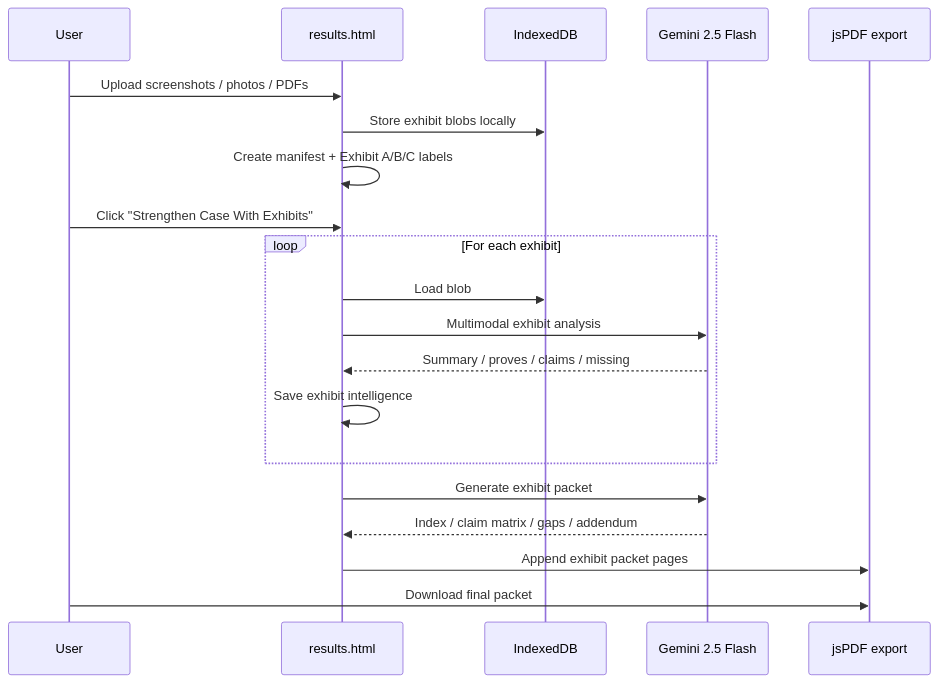
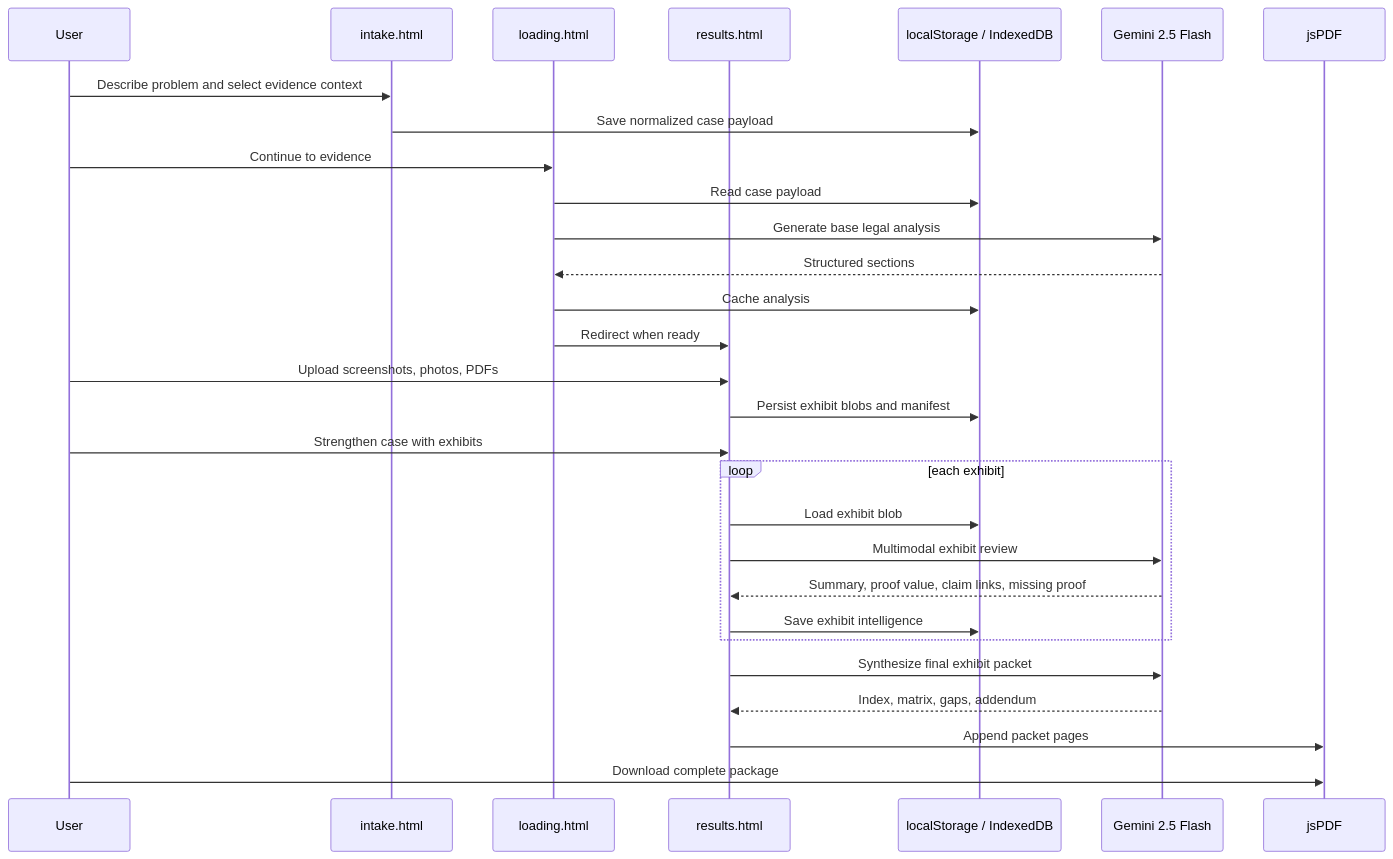
Before and after one commit to Iceman-Dann/Evidence-Locker: the third of 3 diagrams in README.md, drawn with Mermaid. The commit also changed other lines of this file, not shown here.

````diff
--- a/README.md
+++ b/README.md
@@ -124,25 +189,35 @@
 ```mermaid
 sequenceDiagram
     participant User
+    participant Intake as intake.html
+    participant Loading as loading.html
     participant Results as results.html
-    participant IDB as IndexedDB
+    participant Storage as localStorage / IndexedDB
     participant Gemini as Gemini 2.5 Flash
-    participant PDF as jsPDF export
+    participant PDF as jsPDF
 
-    User->>Results: Upload screenshots / photos / PDFs
-    Results->>IDB: Store exhibit blobs locally
-    Results->>Results: Create manifest + Exhibit A/B/C labels
-    User->>Results: Click "Strengthen Case With Exhibits"
+    User->>Intake: Describe problem and select evidence context
+    Intake->>Storage: Save normalized case payload
+    User->>Loading: Continue to evidence
+    Loading->>Storage: Read case payload
+    Loading->>Gemini: Generate base legal analysis
+    Gemini-->>Loading: Structured sections
+    Loading->>Storage: Cache analysis
+    Loading->>Results: Redirect when ready
 
-    loop For each exhibit
-        Results->>IDB: Load blob
-        Results->>Gemini: Multimodal exhibit analysis
-        Gemini-->>Results: Summary / proves / claims / missing
-        Results->>Results: Save exhibit intelligence
+    User->>Results: Upload screenshots, photos, PDFs
+    Results->>Storage: Persist exhibit blobs and manifest
+    User->>Results: Strengthen case with exhibits
+
+    loop each exhibit
+        Results->>Storage: Load exhibit blob
+        Results->>Gemini: Multimodal exhibit review
+        Gemini-->>Results: Summary, proof value, claim links, missing proof
+        Results->>Storage: Save exhibit intelligence
     end
 
-    Results->>Gemini: Generate exhibit packet
-    Gemini-->>Results: Index / claim matrix / gaps / addendum
-    Results->>PDF: Append exhibit packet pages
-    User->>PDF: Download final packet
+    Results->>Gemini: Synthesize final exhibit packet
+    Gemini-->>Results: Index, matrix, gaps, addendum
+    Results->>PDF: Append packet pages
+    User->>PDF: Download complete package
 ```
````
